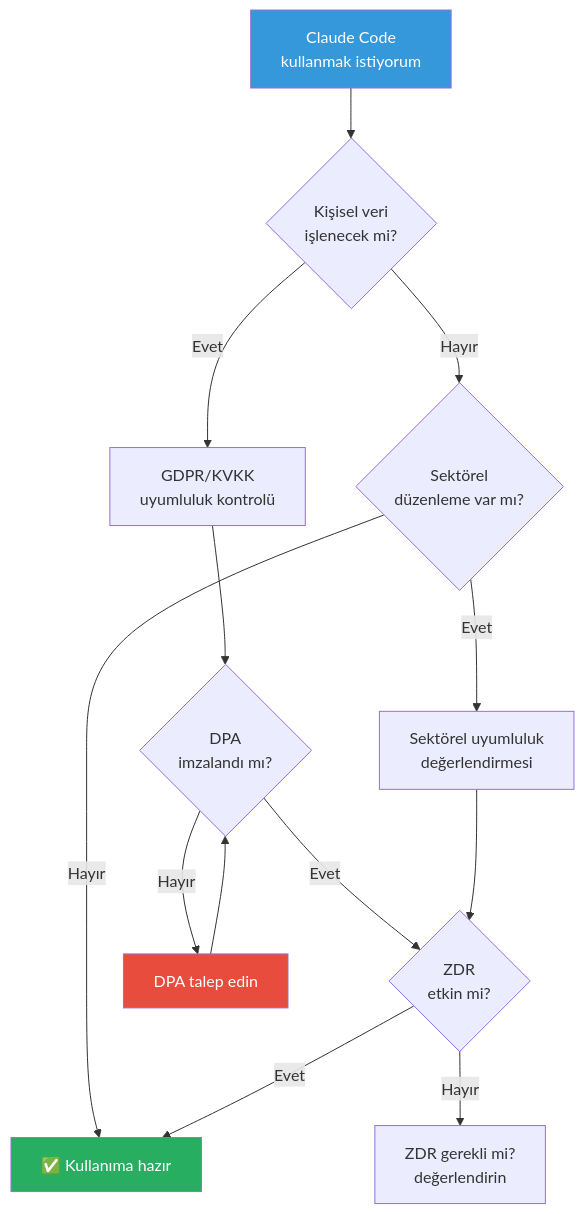
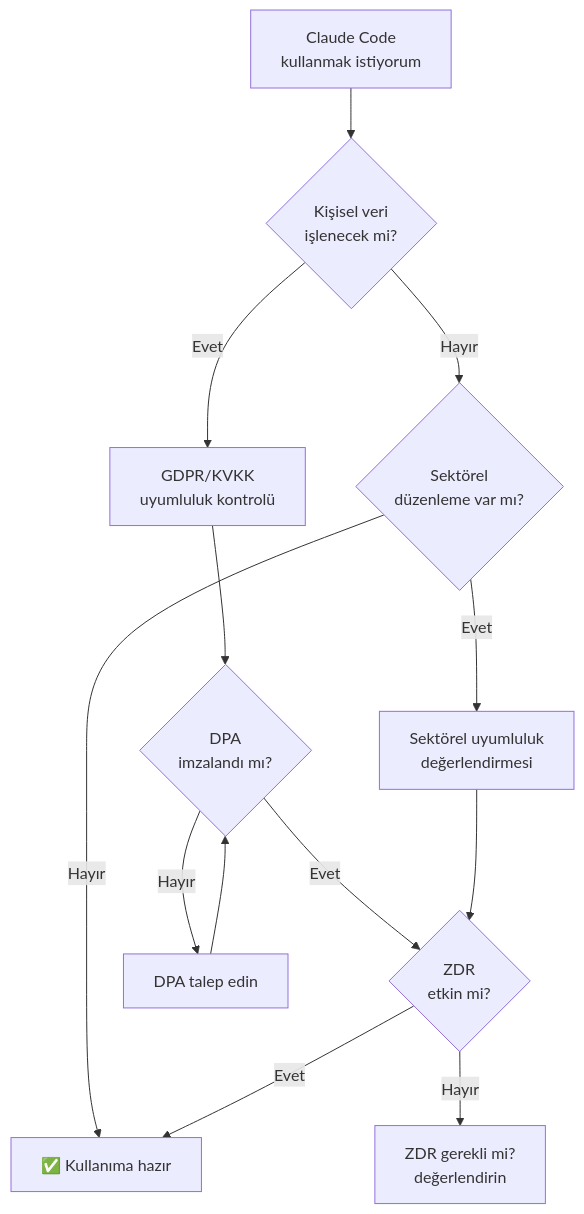
The eighth of 8 diagrams in 18-kurumsal-kullanim/09-yasal-uyumluluk.md (IzzetYasinAtes/ClaudeCodeHandbook), drawn with Mermaid before and after one commit. The commit also changed other lines of this file and 97 other files, not shown here.

Commit message:
Remove all custom Mermaid style/fill colors from 98 markdown files for consistent dark theme rendering

````diff
--- a/18-kurumsal-kullanim/09-yasal-uyumluluk.md
+++ b/18-kurumsal-kullanim/09-yasal-uyumluluk.md
@@ -284,24 +265,21 @@
 ```mermaid
 flowchart TD
     START["Claude Code<br/>kullanmak istiyorum"] --> PII{"Kişisel veri<br/>işlenecek mi?"}
 
     PII -->|Evet| GDPR_KVKK["GDPR/KVKK<br/>uyumluluk kontrolü"]
     PII -->|Hayır| SECTOR{"Sektörel<br/>düzenleme var mı?"}
 
     GDPR_KVKK --> DPA_CHECK{"DPA<br/>imzalandı mı?"}
     DPA_CHECK -->|Evet| ZDR_CHECK{"ZDR<br/>etkin mi?"}
     DPA_CHECK -->|Hayır| GET_DPA["DPA talep edin"]
 
     SECTOR -->|Evet| SECTOR_CHECK["Sektörel uyumluluk<br/>değerlendirmesi"]
     SECTOR -->|Hayır| READY["✅ Kullanıma hazır"]
 
     ZDR_CHECK -->|Evet| READY
     ZDR_CHECK -->|Hayır| EVALUATE["ZDR gerekli mi?<br/>değerlendirin"]
 
     GET_DPA --> DPA_CHECK
     SECTOR_CHECK --> ZDR_CHECK
 
-    style START fill:#3498DB,color:#fff
-    style READY fill:#27AE60,color:#fff
-    style GET_DPA fill:#E74C3C,color:#fff
 ```
````
